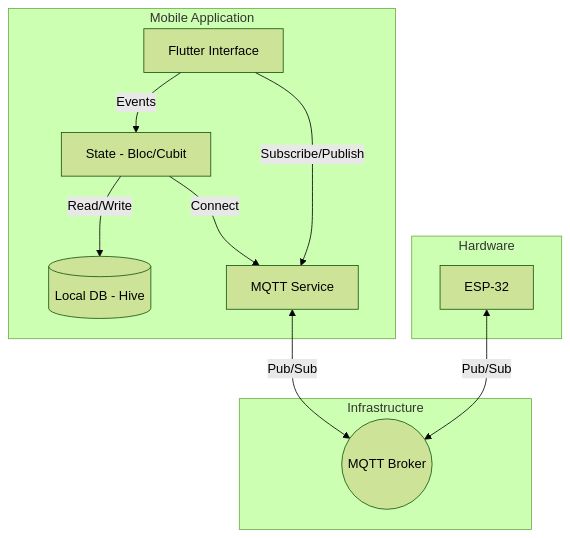
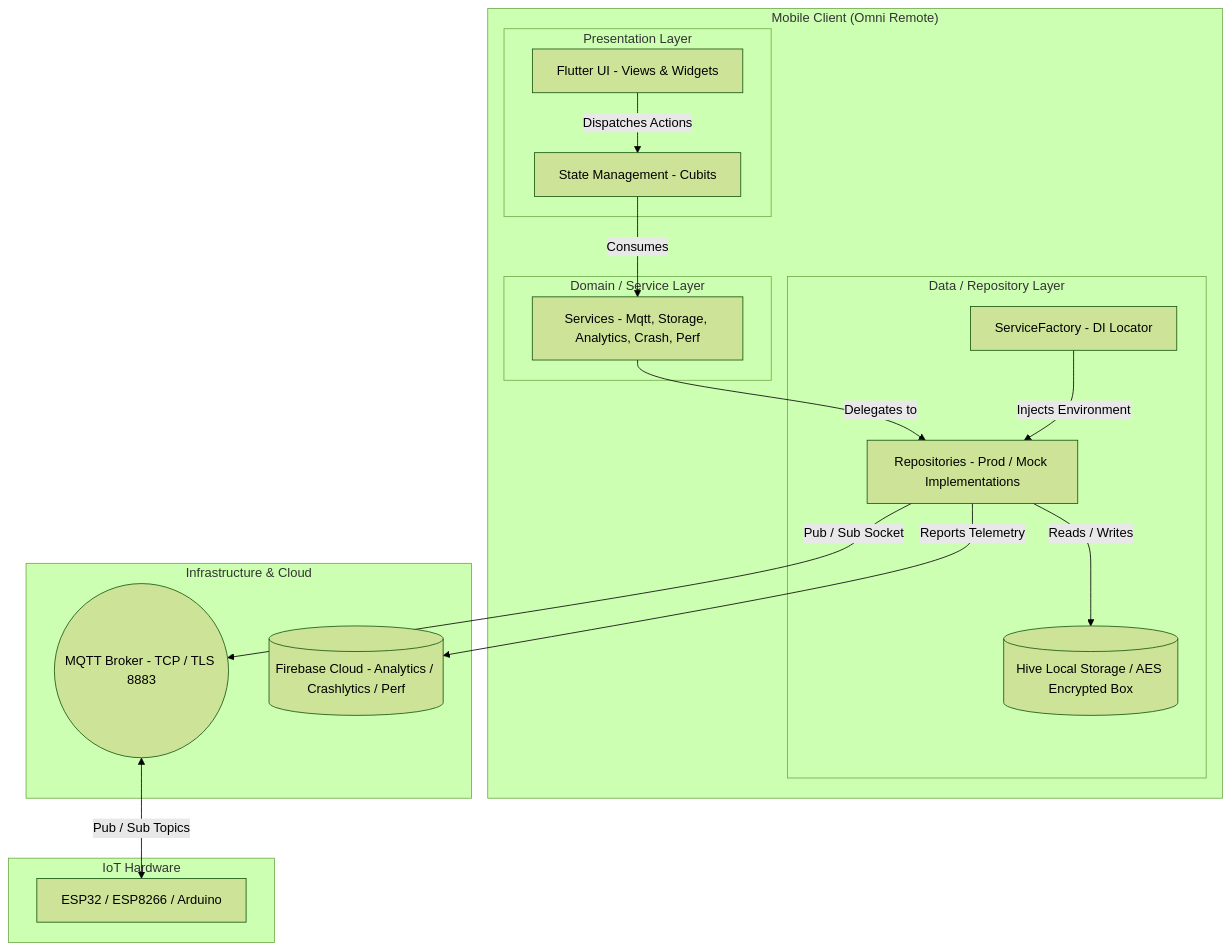
One commit to Piero16301/Omni_Remote changed the diagram in README.md. Above: the diagram before and after it, drawn with Mermaid (forest theme). The commit also changed other lines of this file and 73 other files, not shown here.

````diff
--- a/README.md
+++ b/README.md
@@ -37,24 +60,37 @@
 ```mermaid
 flowchart TD
-  subgraph "Mobile Application"
-  UI[Flutter Interface]
-  State[State - Bloc/Cubit]
-  Store[(Local DB - Hive)]
-  Service[MQTT Service]
+  subgraph "Mobile Client (Omni Remote)"
+    subgraph "Presentation Layer"
+      UI[Flutter UI - Views & Widgets]
+      Bloc[State Management - Cubits]
+    end
+
+    subgraph "Domain / Service Layer"
+      Services[Services - Mqtt, Storage, Analytics, Crash, Perf]
+    end
+
+    subgraph "Data / Repository Layer"
+      ServiceFactory[ServiceFactory - DI Locator]
+      Repos[Repositories - Prod / Mock Implementations]
+      LocalDB[(Hive Local Storage / AES Encrypted Box)]
+    end
   end
 
-  subgraph Infrastructure
-  Broker((MQTT Broker))
+  subgraph "Infrastructure & Cloud"
+    Broker((MQTT Broker - TCP / TLS 8883))
+    Firebase[(Firebase Cloud - Analytics / Crashlytics / Perf)]
   end
 
-  subgraph Hardware
-  ESP[ESP-32]
+  subgraph "IoT Hardware"
+    ESP[ESP32 / ESP8266 / Arduino]
   end
 
-  UI -->|Events| State
-  State -->|Read/Write| Store
-  State -->|Connect| Service
-  UI -->|Subscribe/Publish| Service
-  Service <-->|Pub/Sub| Broker
-  ESP <-->|Pub/Sub| Broker
+  UI -->|Dispatches Actions| Bloc
+  Bloc -->|Consumes| Services
+  Services -->|Delegates to| Repos
+  ServiceFactory -->|Injects Environment| Repos
+  Repos -->|Reads / Writes| LocalDB
+  Repos -->|Pub / Sub Socket| Broker
+  Repos -->|Reports Telemetry| Firebase
+  Broker <-->|Pub / Sub Topics| ESP
 ```
````
